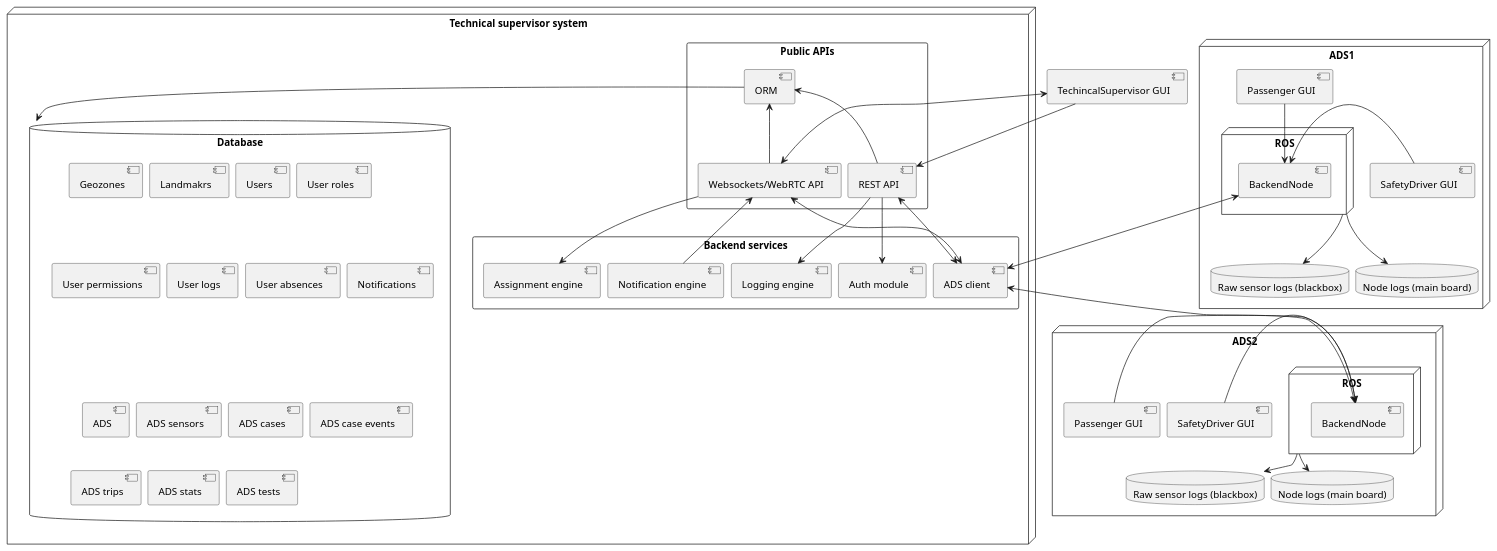
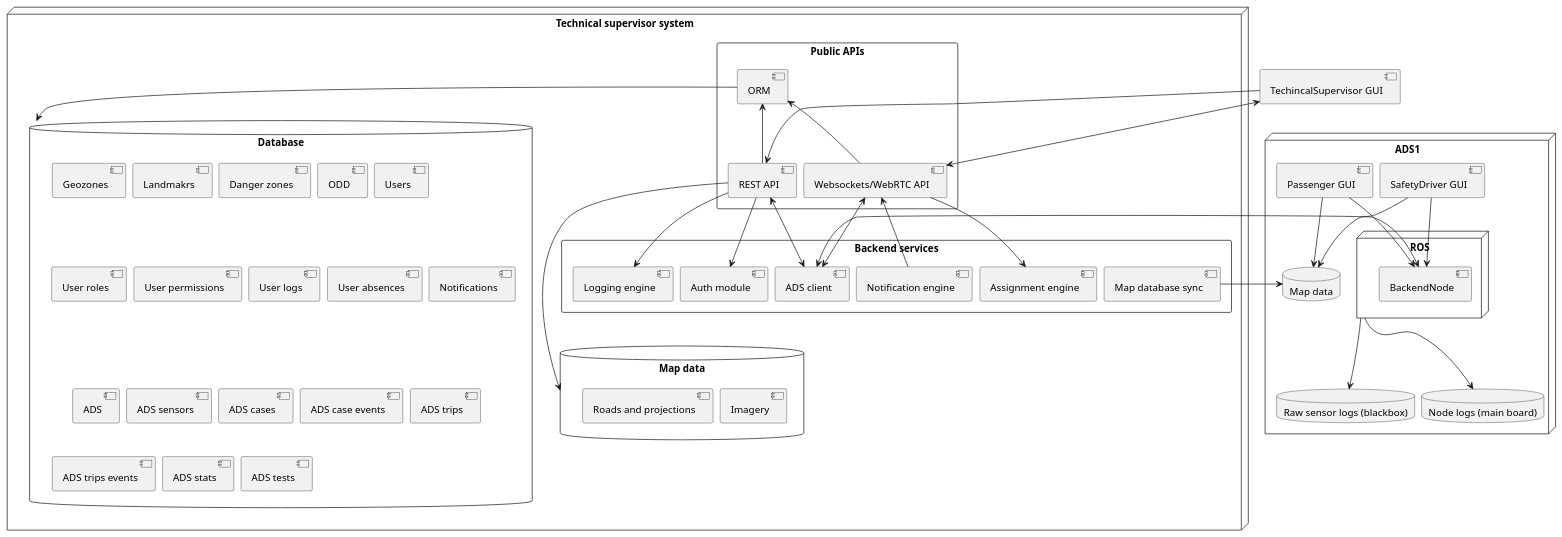
Before and after one commit to bruno-motorai/uml: the diagram in technical_supervisor/architecture.pu, drawn with PlantUML.

Commit message:
Add map data to architecture

```diff
--- a/technical_supervisor/architecture.pu
+++ b/technical_supervisor/architecture.pu
@@ -1,87 +1,92 @@
 @startuml
 skinparam nodesep 10
 skinparam ranksep 5
 
 scale 1.0
 
 component "TechincalSupervisor GUI" as gui
 
 node "Technical supervisor system" as ts {
     rectangle "Public APIs" {
             component "REST API" as rest_api
             component "Websockets/WebRTC API" as ws_api
             component "ORM" as orm
         }
 
     rectangle "Backend services" as backend {
         component "Auth module" as auth
         component "Assignment engine" as assignment_engine
         component "Notification engine" as notification_engine
         component "Logging engine" as log_engine
         component "ADS client" as ads_client
+        component "Map database sync" as map_sync
     }
 
 
     database "Database" as db {
         component "Geozones"
         component "Landmakrs"
+        component "Danger zones"
+        component "ODD"
         component "Users"
         component "User roles"
         component "User permissions"
         component "User logs"
         component "User absences"
         component "Notifications"
         component "ADS"
         component "ADS sensors"
         component "ADS cases"
         component "ADS case events"
         component "ADS trips"
+        component "ADS trips events"
         component "ADS stats"
         component "ADS tests"
+    }
+
+    database "Map data" as map_db {
+        component "Imagery"
+        component "Roads and projections"
     }
 }
 
 
 node "ADS1" as ads_node { 
     node "ROS" as ads1 {
         component "BackendNode" as ads_backend_node
     }
     database "Raw sensor logs (blackbox)" as raw_logs_ads1
     database "Node logs (main board)" as logs_ads1
     component "SafetyDriver GUI" as safety_driver_gui1
     component "Passenger GUI" as passenger_gui1
-}
 
-node "ADS2" as ads_node2 { 
-    node "ROS" as ads2 {
-        component "BackendNode" as ads2_backend_node
-    }
-    database "Raw sensor logs (blackbox)" as raw_logs_ads2
-    database "Node logs (main board)" as logs_ads2
-    component "SafetyDriver GUI" as safety_driver_gui2
-    component "Passenger GUI" as passenger_gui2
+    database "Map data" as map_db_ads 
 }
 
 ads1 -down-> raw_logs_ads1
 ads1 -down-> logs_ads1
-ads2 -down-> raw_logs_ads2
-ads2 -down-> logs_ads2
+' ads2 -down-> raw_logs_ads2
+' ads2 -down-> logs_ads2
 gui -down-> rest_api
 gui <-down-> ws_api
 rest_api --> auth
 rest_api --> log_engine
 rest_api -u-> orm
 ws_api -u-> orm
 orm -d-> db
 ws_api -d-> assignment_engine
 notification_engine -r-> ws_api
 ws_api <-d-> ads_client
 rest_api <-d-> ads_client
+rest_api ---> map_db
 
 ads_backend_node <-d-> ads_client
-ads2_backend_node <-u-> ads_client
-safety_driver_gui2 -l-> ads2_backend_node
-safety_driver_gui1 -> ads_backend_node
-passenger_gui2 -> ads2_backend_node
+' safety_driver_gui2 -l-> ads2_backend_node
+safety_driver_gui1 -d-> ads_backend_node
+safety_driver_gui1 -> map_db_ads
+' passenger_gui2 -> ads2_backend_node
 passenger_gui1 -d-> ads_backend_node
+passenger_gui1 -d-> map_db_ads
+
+map_sync -> map_db_ads
 @enduml
```
